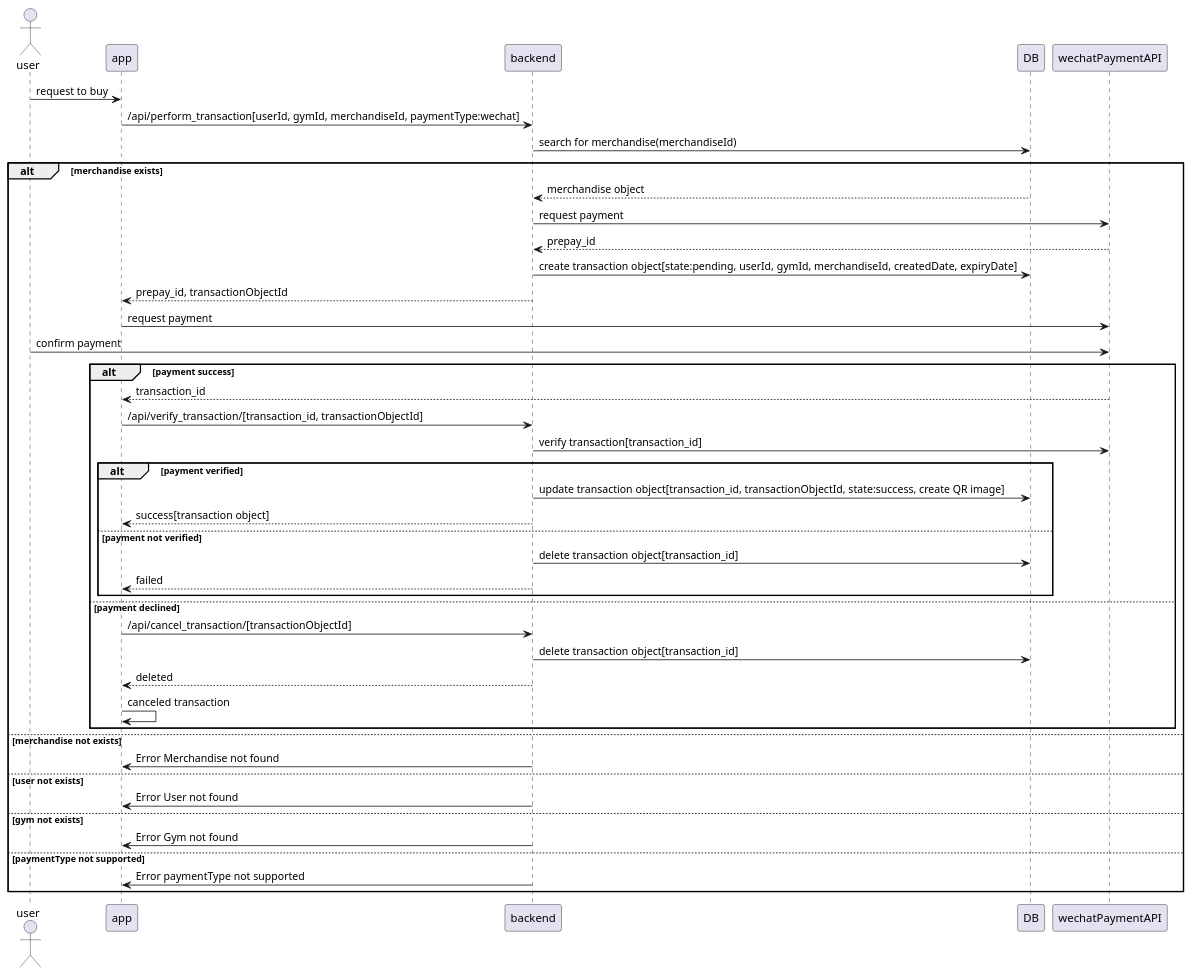
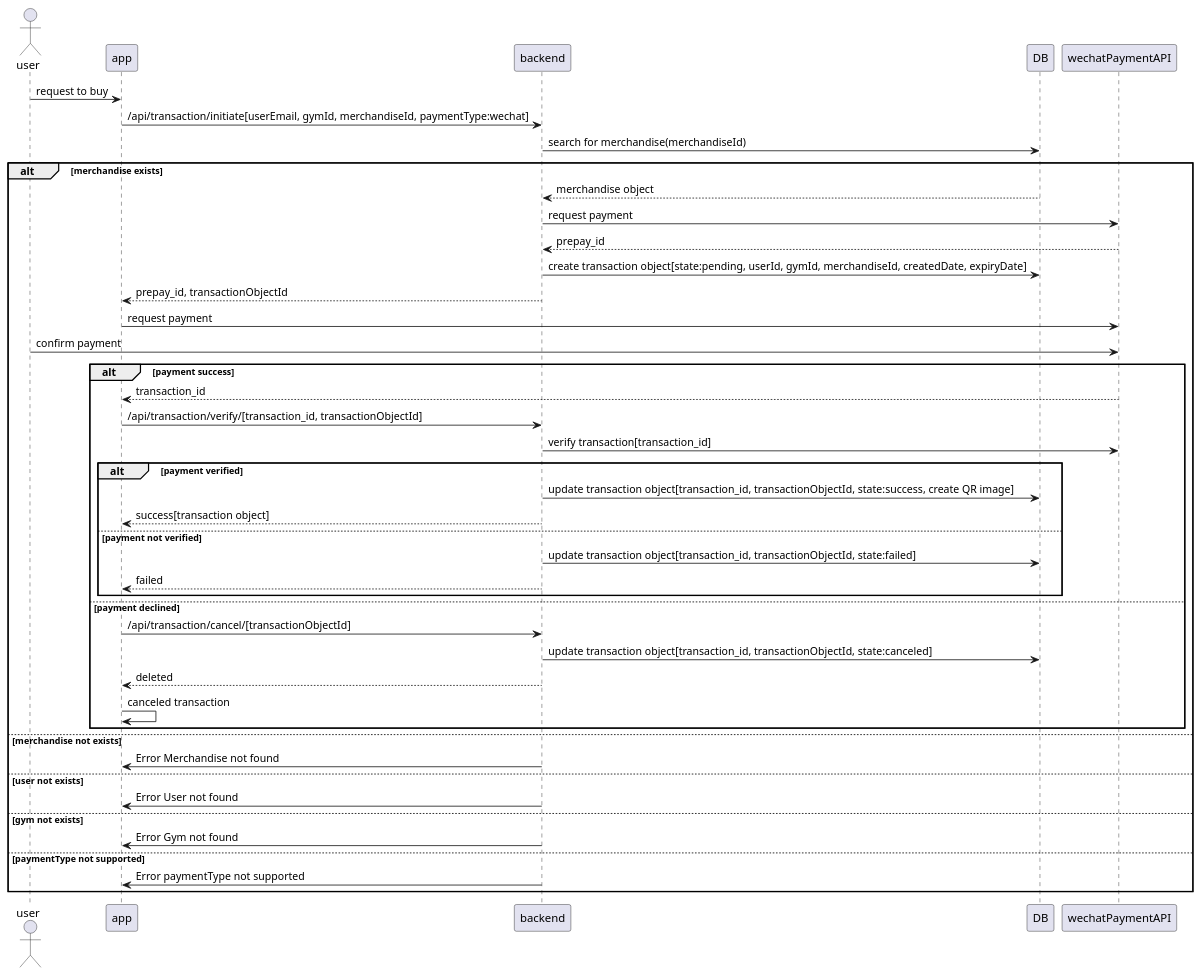
One commit to zi-yang-zhang/tnt-backend changed the diagram in wechat_transaction.puml. Above: the diagram before and after it, drawn with PlantUML. The commit also changed 25 other files, not shown here.

```diff
--- a/wechat_transaction.puml
+++ b/wechat_transaction.puml
@@ -1,42 +1,42 @@
 @startuml
 actor user
 user -> app: request to buy
-app -> backend: /api/perform_transaction[userId, gymId, merchandiseId, paymentType:wechat]
+app -> backend: /api/transaction/initiate[userEmail, gymId, merchandiseId, paymentType:wechat]
 backend ->DB: search for merchandise(merchandiseId)
 alt merchandise exists
 DB --> backend: merchandise object
 backend -> wechatPaymentAPI: request payment
 wechatPaymentAPI --> backend: prepay_id
 backend -> DB: create transaction object[state:pending, userId, gymId, merchandiseId, createdDate, expiryDate]
 backend --> app: prepay_id, transactionObjectId
 app -> wechatPaymentAPI: request payment
 user -> wechatPaymentAPI: confirm payment
 alt payment success
 wechatPaymentAPI --> app : transaction_id
-app -> backend: /api/verify_transaction/[transaction_id, transactionObjectId]
+app -> backend: /api/transaction/verify/[transaction_id, transactionObjectId]
 backend -> wechatPaymentAPI: verify transaction[transaction_id]
 alt payment verified
 backend -> DB: update transaction object[transaction_id, transactionObjectId, state:success, create QR image]
 backend --> app: success[transaction object]
 else payment not verified
-backend -> DB: delete transaction object[transaction_id]
+backend -> DB: update transaction object[transaction_id, transactionObjectId, state:failed]
 backend --> app: failed
 end
 else payment declined
-app -> backend: /api/cancel_transaction/[transactionObjectId]
-backend -> DB: delete transaction object[transaction_id]
+app -> backend: /api/transaction/cancel/[transactionObjectId]
+backend -> DB: update transaction object[transaction_id, transactionObjectId, state:canceled]
 backend --> app: deleted
 app -> app: canceled transaction
 end
 else merchandise not exists
 backend -> app: Error Merchandise not found
 else user not exists
 backend -> app: Error User not found
 else gym not exists
 backend -> app: Error Gym not found
 else paymentType not supported
 backend -> app: Error paymentType not supported
 end
 
 
 @enduml
```
